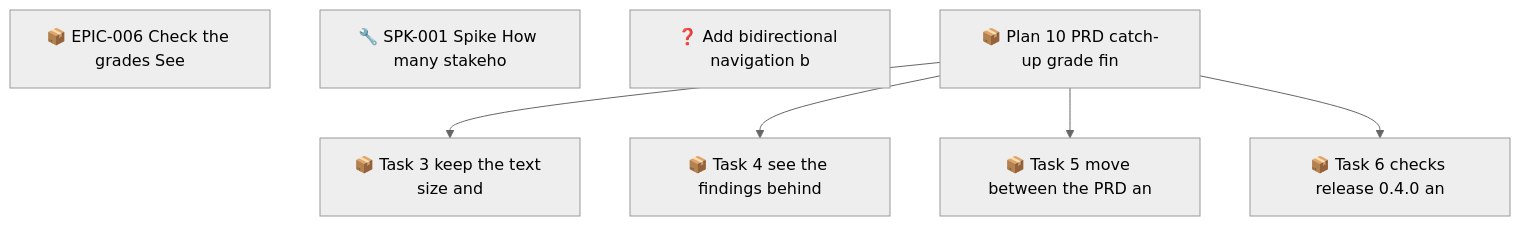
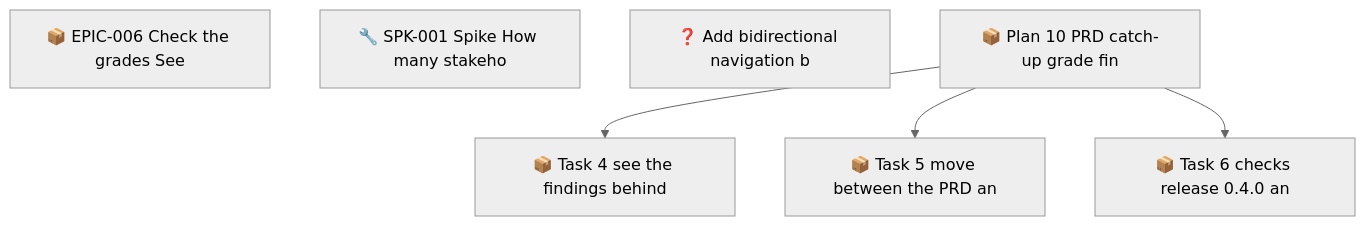
One commit to SpillwaveSolutions/prd-forge-viewer changed the second of 2 diagrams in docs/roadmap.md. Above: the diagram before and after it, drawn with Mermaid (neutral theme). The commit also changed other lines of this file and 15 other files, not shown here.

First line of the commit message:
feat: keep the text size and the search pin in settings.json

````diff
--- a/docs/roadmap.md
+++ b/docs/roadmap.md
@@ -85,15 +82,13 @@
 ```mermaid
 graph TD
     01M61XNM7GHPSJ1B96BCHA59ZE["📦 EPIC-006 Check the grades See"]
     01M61XNM9NY7F4D4V7400J56X9["🔧 SPK-001 Spike How many stakeho"]
     01M67NFZH5C1HWH4SBC22ZVXMS["❓ Add bidirectional navigation b"]
     01M67NH4X4JGDJB233B670SJFF["📦 Plan 10 PRD catch-up grade fin"]
-    01M67NH4XPWE52APES54MYFEV6["📦 Task 3 keep the text size and"]
     01M67NH4XPWE52APES54MYFEV8["📦 Task 4 see the findings behind"]
     01M67NH4XPWE52APES54MYFEVA["📦 Task 5 move between the PRD an"]
     01M67NH4XPWE52APES54MYFEVC["📦 Task 6 checks release 0.4.0 an"]
-    01M67NH4X4JGDJB233B670SJFF --> 01M67NH4XPWE52APES54MYFEV6
     01M67NH4X4JGDJB233B670SJFF --> 01M67NH4XPWE52APES54MYFEV8
     01M67NH4X4JGDJB233B670SJFF --> 01M67NH4XPWE52APES54MYFEVA
     01M67NH4X4JGDJB233B670SJFF --> 01M67NH4XPWE52APES54MYFEVC
 ```
````
